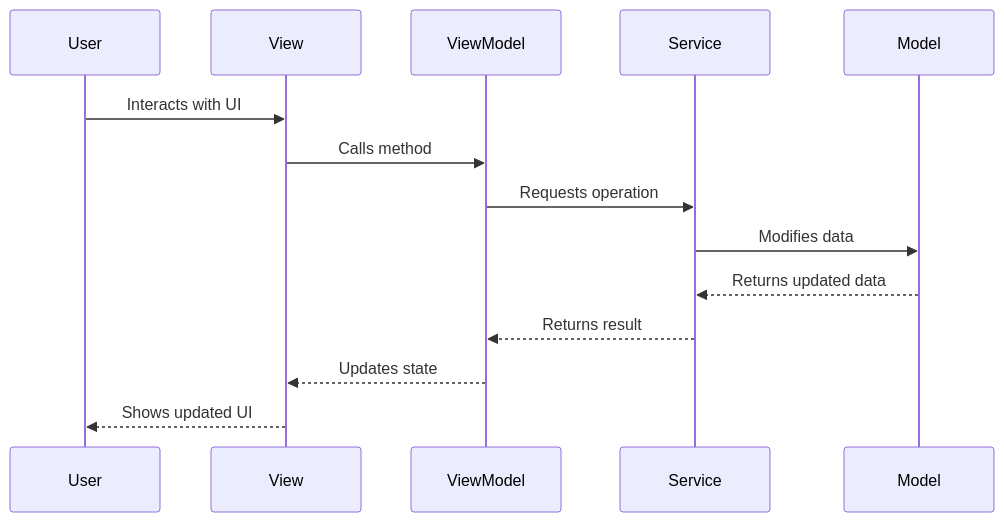
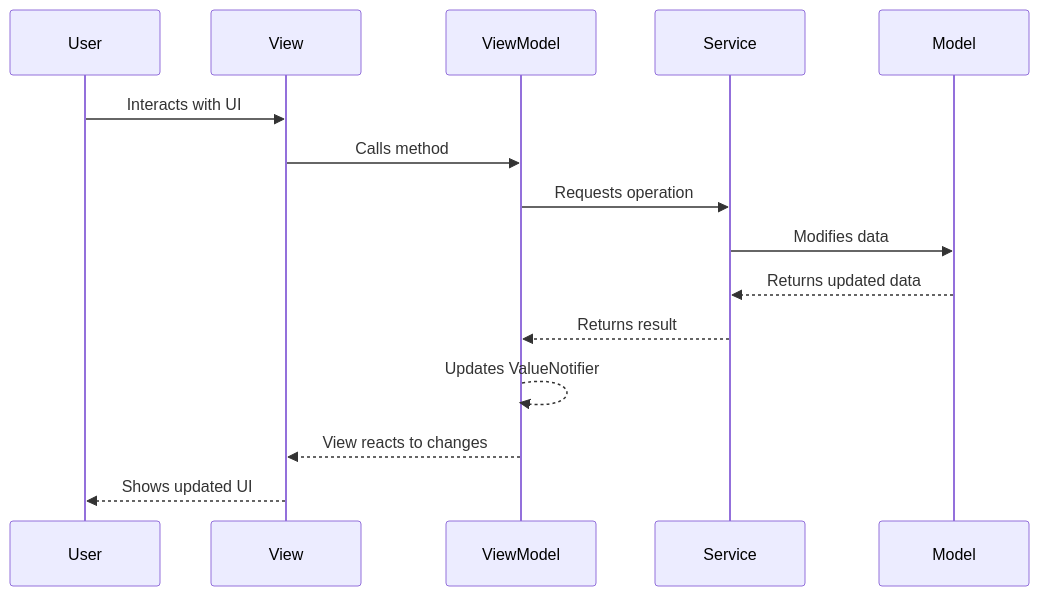
The third of 3 diagrams in architecture/overview.mdx (flipsai/flipedit-docs), drawn with Mermaid before and after one commit. The commit also changed other lines of this file and 10 other files, not shown here.

````diff
--- a/architecture/overview.mdx
+++ b/architecture/overview.mdx
@@ -164,17 +164,18 @@
 ```mermaid
 sequenceDiagram
     participant User
     participant View
     participant ViewModel
     participant Service
     participant Model
     
     User->>View: Interacts with UI
     View->>ViewModel: Calls method
     ViewModel->>Service: Requests operation
     Service->>Model: Modifies data
     Model-->>Service: Returns updated data
     Service-->>ViewModel: Returns result
-    ViewModel-->>View: Updates state
+    ViewModel-->>ViewModel: Updates ValueNotifier
+    ViewModel-->>View: View reacts to changes
     View-->>User: Shows updated UI
 ```
````
